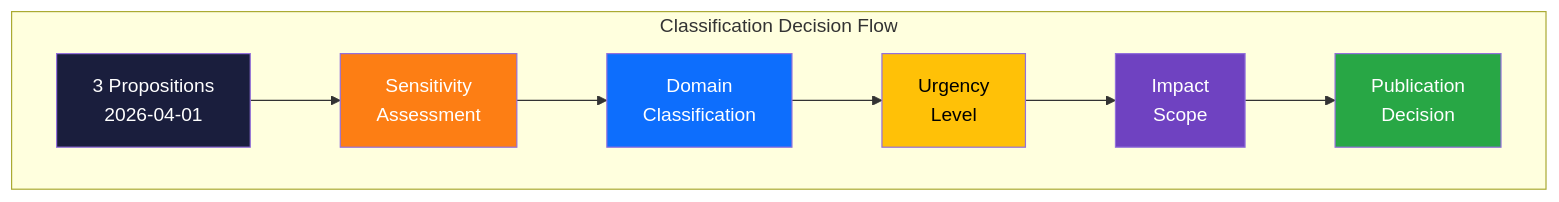
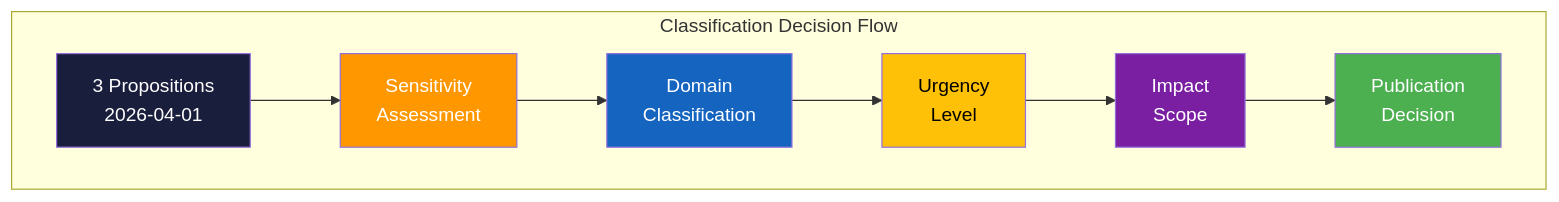
The diagram in analysis/daily/2026-04-03/propositions/classification-results.md (Hack23/riksdagsmonitor), drawn with Mermaid before and after one commit. The commit also changed 785 other files, not shown here.

First line of the commit message:
Normalize mermaid colors across 786 analysis artifacts to ISMS Style Guide palette

````diff
--- a/analysis/daily/2026-04-03/propositions/classification-results.md
+++ b/analysis/daily/2026-04-03/propositions/classification-results.md
@@ -16,22 +16,22 @@
 ```mermaid
 graph TD
     subgraph "Classification Decision Flow"
         START["3 Propositions<br/>2026-04-01"]
         S1["Sensitivity<br/>Assessment"]
         D1["Domain<br/>Classification"]
         U1["Urgency<br/>Level"]
         I1["Impact<br/>Scope"]
         DEC["Publication<br/>Decision"]
     end
     START --> S1
     S1 --> D1
     D1 --> U1
     U1 --> I1
     I1 --> DEC
-    style START fill:#1a1e3d,color:#fff
-    style S1 fill:#fd7e14,color:#fff
-    style D1 fill:#0d6efd,color:#fff
-    style U1 fill:#ffc107,color:#000
-    style I1 fill:#6f42c1,color:#fff
-    style DEC fill:#28a745,color:#fff
+    style START fill:#1a1e3d,color:#FFFFFF
+    style S1 fill:#FF9800,color:#FFFFFF
+    style D1 fill:#1565C0,color:#FFFFFF
+    style U1 fill:#FFC107,color:#000000
+    style I1 fill:#7B1FA2,color:#FFFFFF
+    style DEC fill:#4CAF50,color:#FFFFFF
 ```
````
